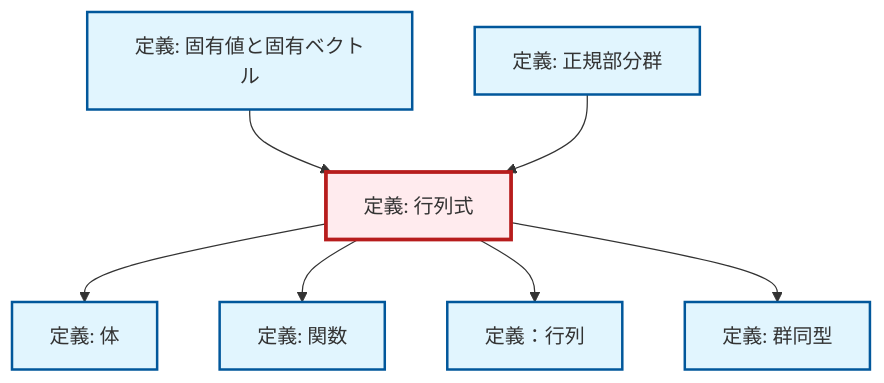
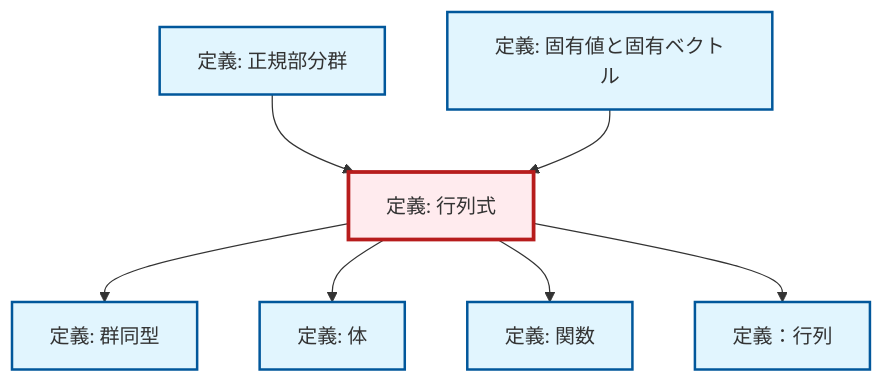
The diagram in content/ja/algebra/def-determinant.qmd (RK0429/ModernMath), drawn with Mermaid before and after one commit. The commit also changed 672 other files, not shown here.

````diff
--- a/content/ja/algebra/def-determinant.qmd
+++ b/content/ja/algebra/def-determinant.qmd
@@ -82,29 +82,29 @@
 ```{mermaid}
-%%| fig-cap: "Local dependency graph"
+%%| fig-cap: "ローカル依存関係グラフ"
 graph TD
     classDef definition fill:#e1f5fe,stroke:#01579b,stroke-width:2px
     classDef theorem fill:#f3e5f5,stroke:#4a148c,stroke-width:2px
     classDef axiom fill:#fff3e0,stroke:#e65100,stroke-width:2px
     classDef example fill:#e8f5e9,stroke:#1b5e20,stroke-width:2px
     classDef current fill:#ffebee,stroke:#b71c1c,stroke-width:3px
+    def-normal-subgroup["定義: 正規部分群"]:::definition
+    def-determinant["定義: 行列式"]:::definition
+    def-eigenvalue-eigenvector["定義: 固有値と固有ベクトル"]:::definition
+    def-isomorphism["定義: 群同型"]:::definition
+    def-function["定義: 関数"]:::definition
+    def-matrix["定義：行列"]:::definition
     def-field["定義: 体"]:::definition
-    def-isomorphism["定義: 群同型"]:::definition
-    def-eigenvalue-eigenvector["定義: 固有値と固有ベクトル"]:::definition
-    def-matrix["定義：行列"]:::definition
-    def-normal-subgroup["定義: 正規部分群"]:::definition
-    def-function["定義: 関数"]:::definition
-    def-determinant["定義: 行列式"]:::definition
-    def-eigenvalue-eigenvector --> def-determinant
+    def-normal-subgroup --> def-determinant
+    def-determinant --> def-isomorphism
     def-determinant --> def-field
     def-determinant --> def-function
-    def-normal-subgroup --> def-determinant
     def-determinant --> def-matrix
-    def-determinant --> def-isomorphism
+    def-eigenvalue-eigenvector --> def-determinant
     class def-determinant current
+    click def-normal-subgroup "def-normal-subgroup.html" "正規部分群の定義へ"
+    click def-eigenvalue-eigenvector "def-eigenvalue-eigenvector.html" "固有値と固有ベクトルの定義へ"
+    click def-isomorphism "def-isomorphism.html" "群同型の定義へ"
+    click def-function "def-function.html" "関数の定義へ"
+    click def-matrix "def-matrix.html" "定義：行列へ"
     click def-field "def-field.html" "体の定義へ"
-    click def-isomorphism "def-isomorphism.html" "群同型の定義へ"
-    click def-eigenvalue-eigenvector "def-eigenvalue-eigenvector.html" "固有値と固有ベクトルの定義へ"
-    click def-matrix "def-matrix.html" "定義：行列へ"
-    click def-normal-subgroup "def-normal-subgroup.html" "正規部分群の定義へ"
-    click def-function "def-function.html" "関数の定義へ"
 ```
````
